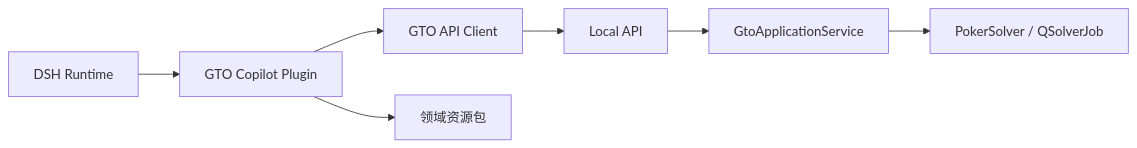
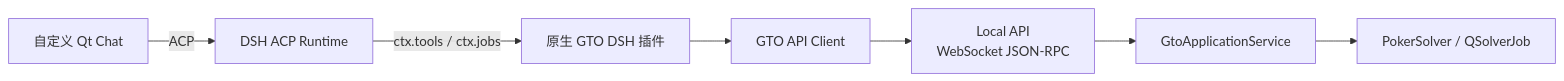
The sixth of 7 diagrams in docs/gto-interface-exposure.md (maces622/RangePilot), drawn with Mermaid before and after one commit. The commit also changed other lines of this file and 1 other file, not shown here.

Commit message:
docs: define DSH integration and plugin boundaries

````diff
--- a/docs/gto-interface-exposure.md
+++ b/docs/gto-interface-exposure.md
@@ -708,9 +719,17 @@
 ```mermaid
 flowchart LR
-    DSH["DSH Runtime"] --> PLUGIN["GTO Copilot Plugin"]
-    PLUGIN --> CLIENT["GTO API Client"]
-    CLIENT --> API["Local API"]
-    API --> SERVICE["GtoApplicationService"]
-    SERVICE --> SOLVER["PokerSolver / QSolverJob"]
-    PLUGIN --> PACKS["领域资源包"]
+    QT["自定义 Qt Chat"]
+    DSH["DSH ACP Runtime"]
+    PLUGIN["原生 GTO DSH 插件"]
+    CLIENT["GTO API Client"]
+    API["Local API<br/>WebSocket JSON-RPC"]
+    SERVICE["GtoApplicationService"]
+    SOLVER["PokerSolver / QSolverJob"]
+
+    QT -->|"ACP"| DSH
+    DSH -->|"ctx.tools / ctx.jobs"| PLUGIN
+    PLUGIN --> CLIENT
+    CLIENT --> API
+    API --> SERVICE
+    SERVICE --> SOLVER
 ```
````
